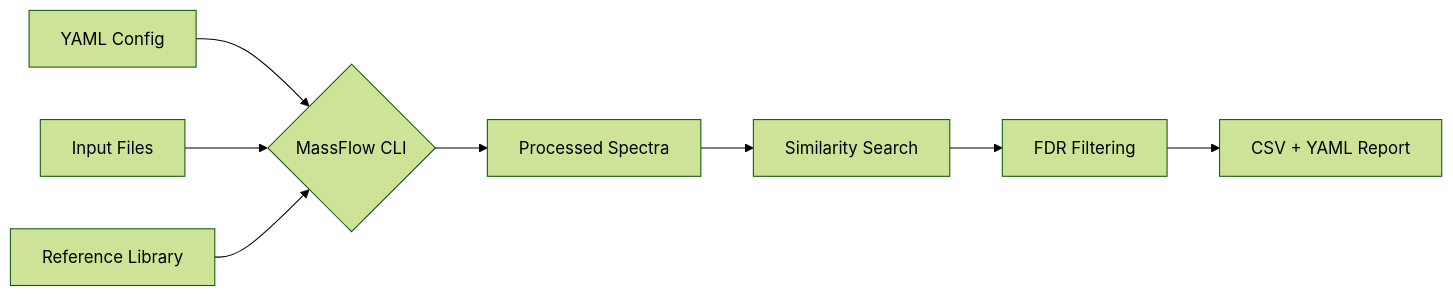
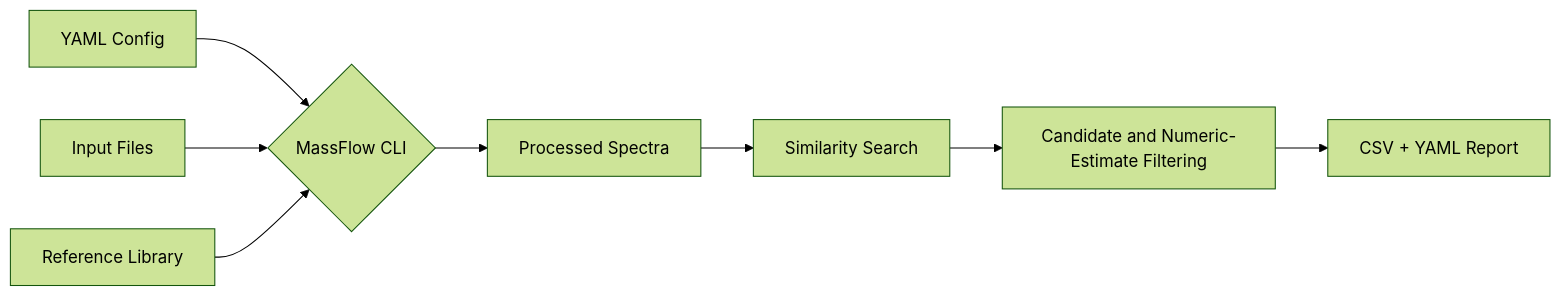
The diagram in docs/getting-started/quickstart.md (janusson/MassFlow), drawn with Mermaid (forest theme) before and after one commit. The commit also changed other lines of this file and 31 other files, not shown here.

````diff
--- a/docs/getting-started/quickstart.md
+++ b/docs/getting-started/quickstart.md
@@ -9,10 +9,10 @@
 ```mermaid
 graph LR
     Config[YAML Config] --> CLI{MassFlow CLI}
     Input[Input Files] --> CLI
     Library[Reference Library] --> CLI
     CLI --> Processed[Processed Spectra]
     Processed --> Sim[Similarity Search]
-    Sim --> Filter[FDR Filtering]
+    Sim --> Filter[Candidate and Numeric-Estimate Filtering]
     Filter --> Out[CSV + YAML Report]
 ```
````
